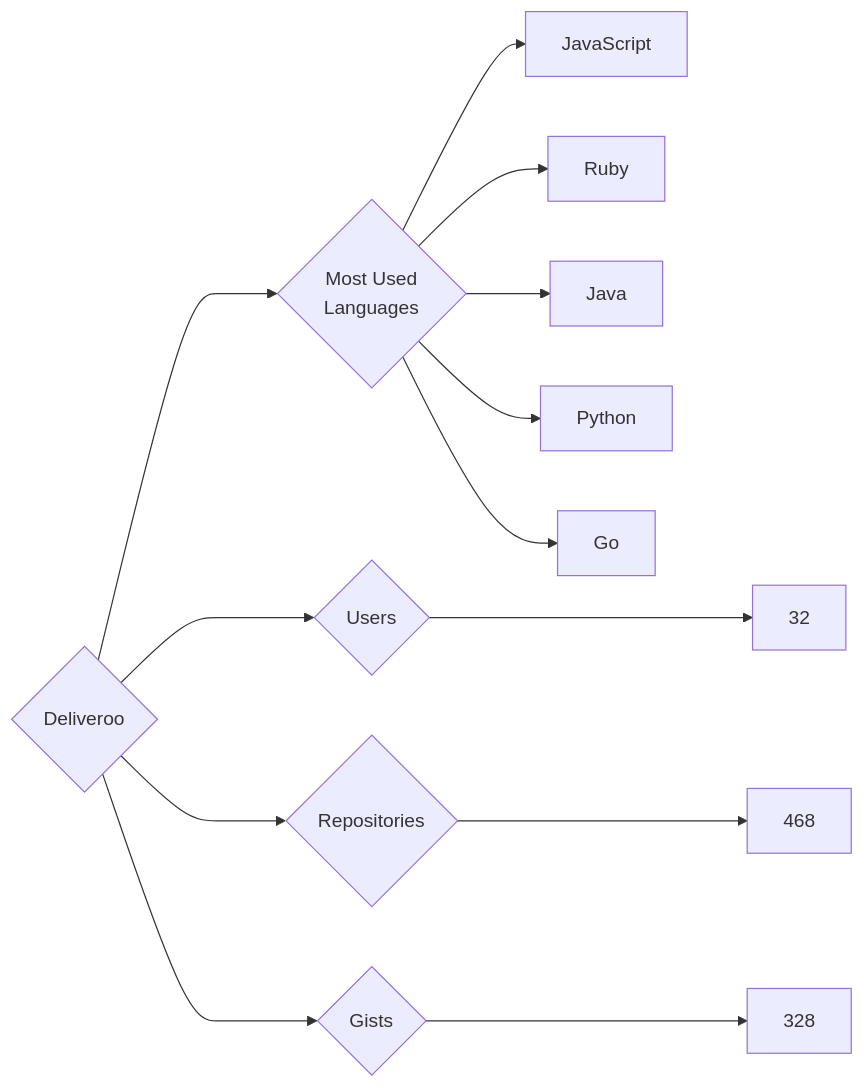
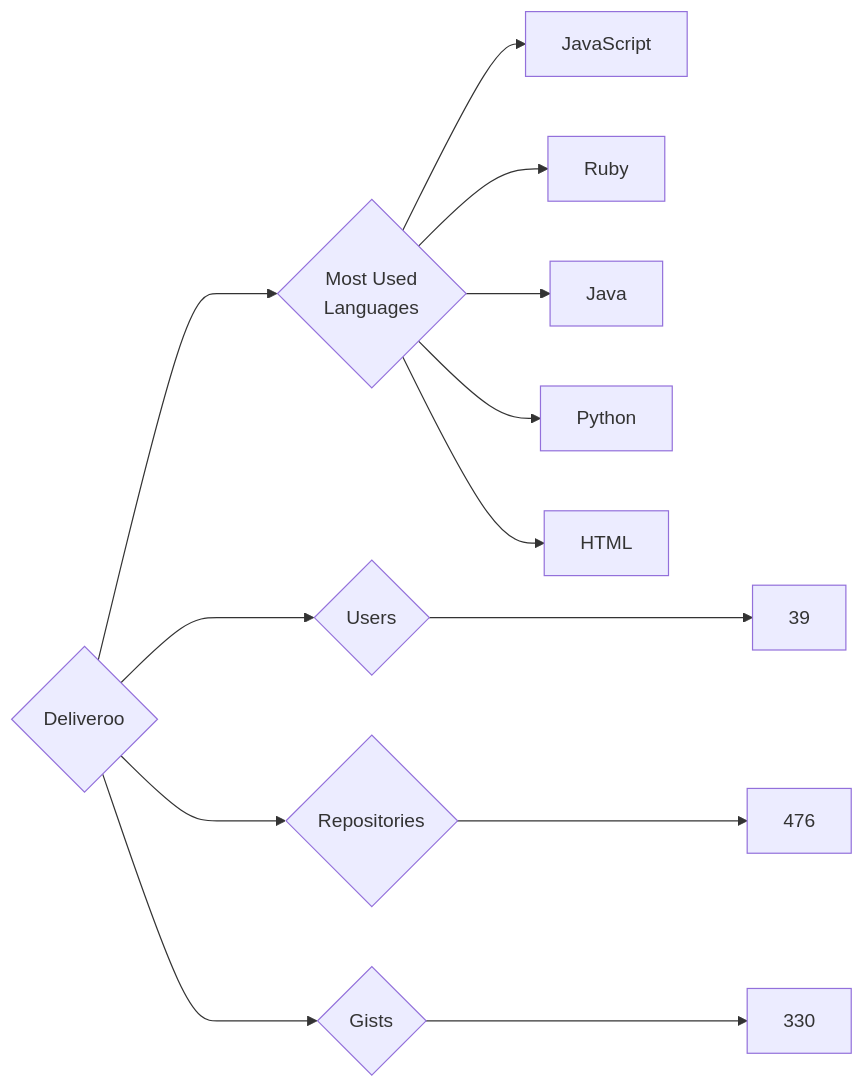
Before and after one commit to trickest/insiders: the diagram in targets/Deliveroo/README.md, drawn with Mermaid. The commit also changed 610 other files, not shown here.

````diff
--- a/targets/Deliveroo/README.md
+++ b/targets/Deliveroo/README.md
@@ -3,13 +3,13 @@
 ```mermaid
 graph LR
 COMPANY_NAME{Deliveroo}
-COMPANY_NAME ---> U{Users} ---> UN[32]
-COMPANY_NAME ---> R{Repositories} ---> RN[468]
-COMPANY_NAME ---> G{Gists} ---> GN[328]
+COMPANY_NAME ---> U{Users} ---> UN[39]
+COMPANY_NAME ---> R{Repositories} ---> RN[476]
+COMPANY_NAME ---> G{Gists} ---> GN[330]
 COMPANY_NAME ---> ML{Most Used<br>Languages}
 ML --> JavaScript[JavaScript]
 ML --> Ruby[Ruby]
 ML --> Java[Java]
 ML --> Python[Python]
-ML --> Go[Go]
+ML --> HTML[HTML]
 ```
````
